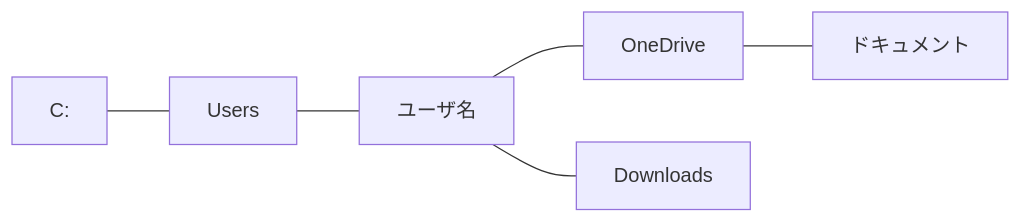
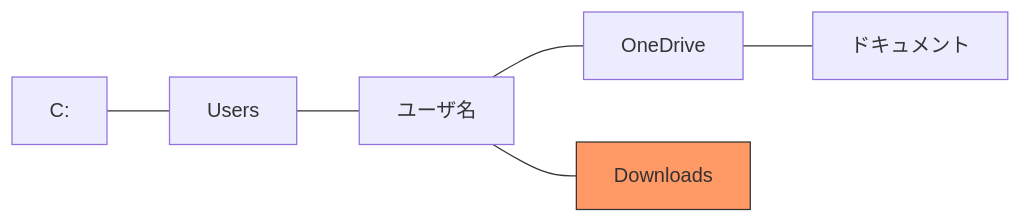
The second of 3 diagrams in Quarto/basics.qmd (takeshinishimura/howtouseR), drawn with Mermaid before and after one commit. The commit also changed other lines of this file and 1 other file, not shown here.

````diff
--- a/Quarto/basics.qmd
+++ b/Quarto/basics.qmd
@@ -71,8 +72,9 @@
 ```{mermaid}
 graph LR
   C[C:] --- Users
   Users --- ユーザ名
   ユーザ名 --- OneDrive
-  OneDrive --- ドキュメント
-  ユーザ名 --- Downloads
+  OneDrive --- doc[ドキュメント]
+  ユーザ名 --- dow[Downloads]
+  style dow fill:#f96,stroke:#333
 ```
````
